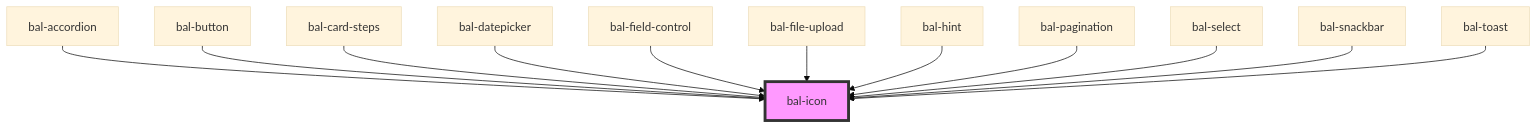
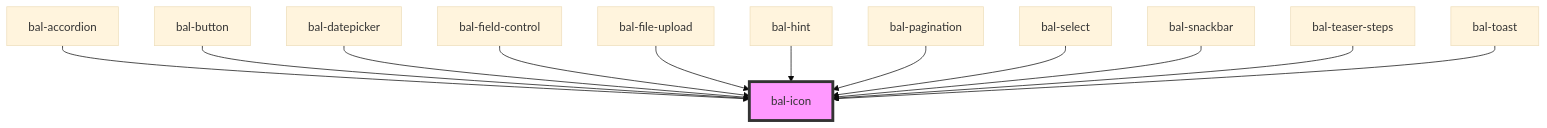
The diagram in packages/library/src/components/bal-icon/readme.md (baloise/design-system), drawn with Mermaid (base theme) before and after one commit. The commit also changed other lines of this file and 33 other files, not shown here.

````diff
--- a/packages/library/src/components/bal-icon/readme.md
+++ b/packages/library/src/components/bal-icon/readme.md
@@ -90,15 +90,15 @@
 ```mermaid
 graph TD;
   bal-accordion --> bal-icon
   bal-button --> bal-icon
-  bal-card-steps --> bal-icon
   bal-datepicker --> bal-icon
   bal-field-control --> bal-icon
   bal-file-upload --> bal-icon
   bal-hint --> bal-icon
   bal-pagination --> bal-icon
   bal-select --> bal-icon
   bal-snackbar --> bal-icon
+  bal-teaser-steps --> bal-icon
   bal-toast --> bal-icon
   style bal-icon fill:#f9f,stroke:#333,stroke-width:4px
 ```
````
